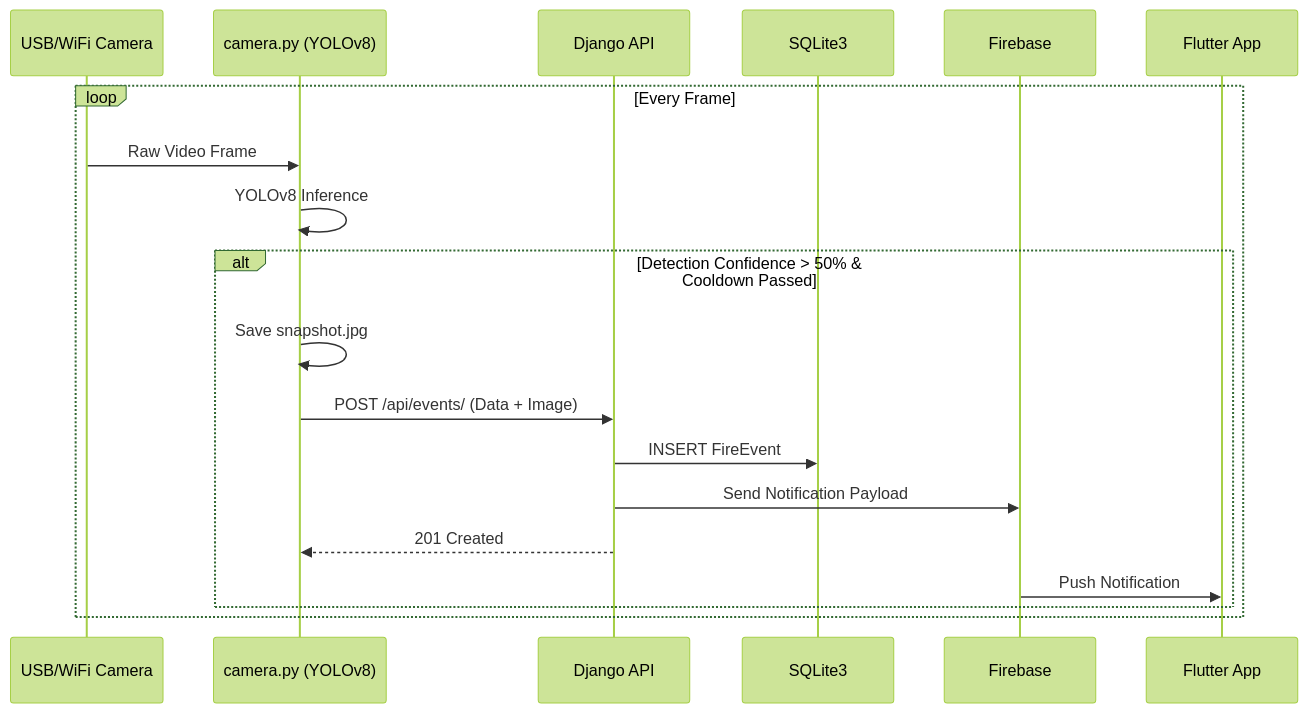
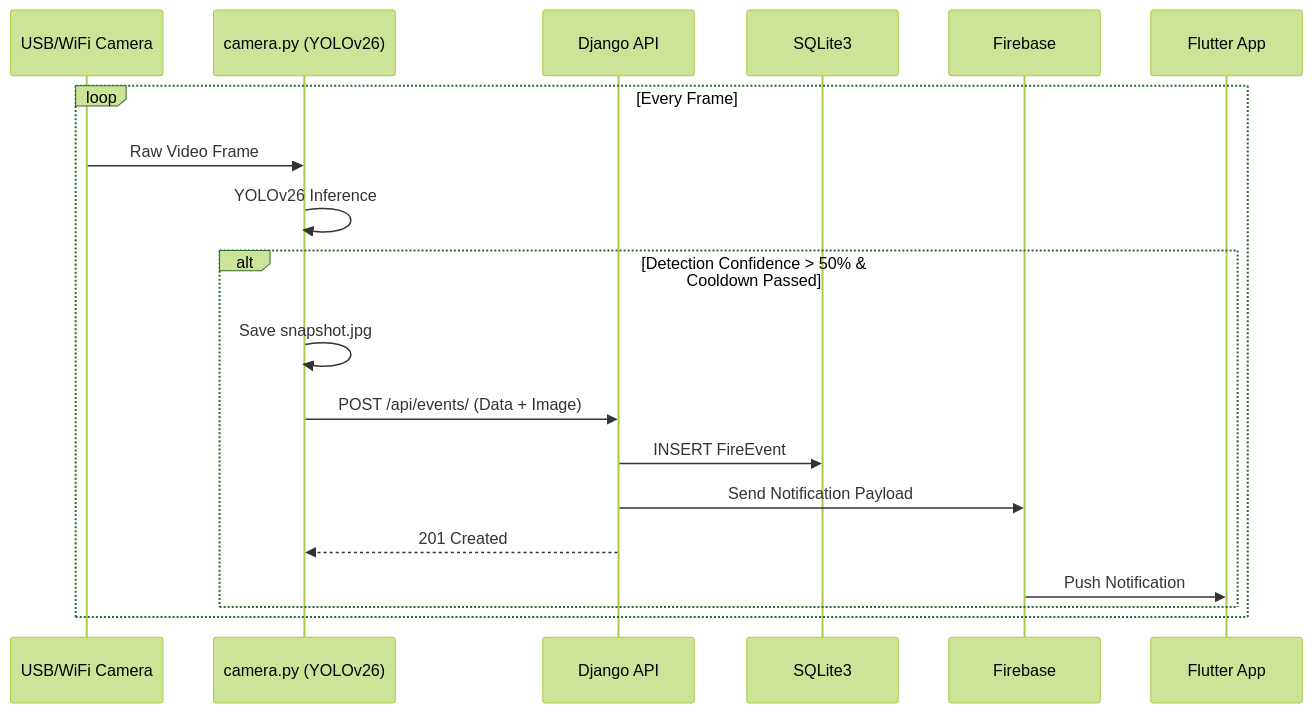
The fifth of 5 diagrams in docs/system_foundation_document.md (mostafaabdoelgohary2003AI/FireGuard-Documentation), drawn with Mermaid (forest theme) before and after one commit. The commit also changed other lines of this file, not shown here.

````diff
--- a/docs/system_foundation_document.md
+++ b/docs/system_foundation_document.md
@@ -170,22 +177,22 @@
 ```mermaid
 sequenceDiagram
     participant Cam as USB/WiFi Camera
-    participant AI as camera.py (YOLOv8)
+    participant AI as camera.py (YOLOv26)
     participant API as Django API
     participant DB as SQLite3
     participant FCM as Firebase
     participant App as Flutter App
 
     loop Every Frame
         Cam->>AI: Raw Video Frame
-        AI->>AI: YOLOv8 Inference
+        AI->>AI: YOLOv26 Inference
         alt Detection Confidence > 50% & Cooldown Passed
             AI->>AI: Save snapshot.jpg
             AI->>API: POST /api/events/ (Data + Image)
             API->>DB: INSERT FireEvent
             API->>FCM: Send Notification Payload
             API-->>AI: 201 Created
             FCM->>App: Push Notification
         end
     end
 ```
````
